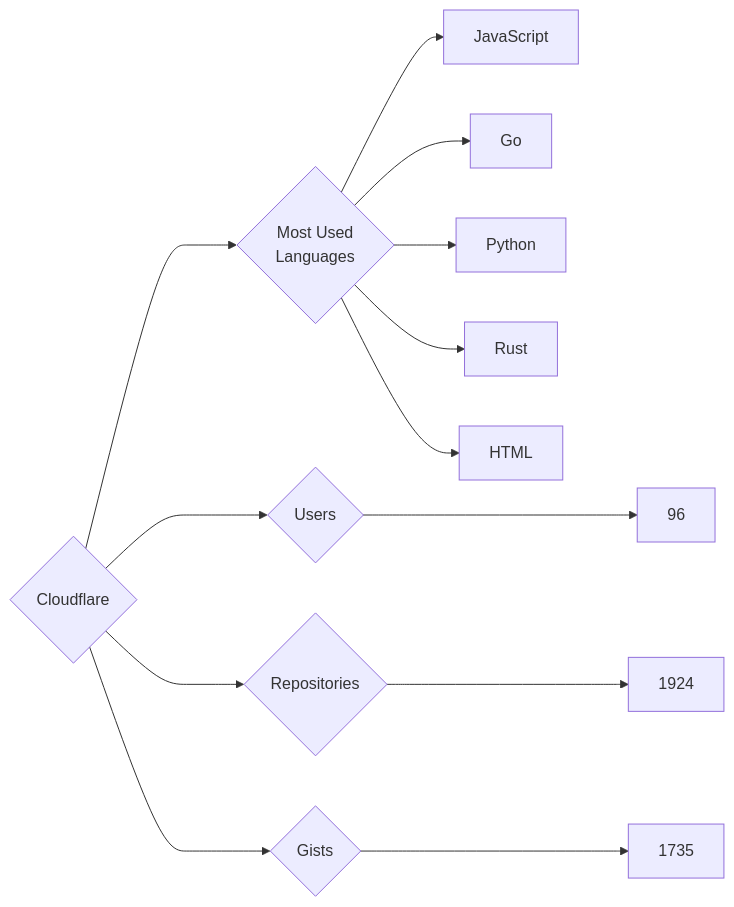
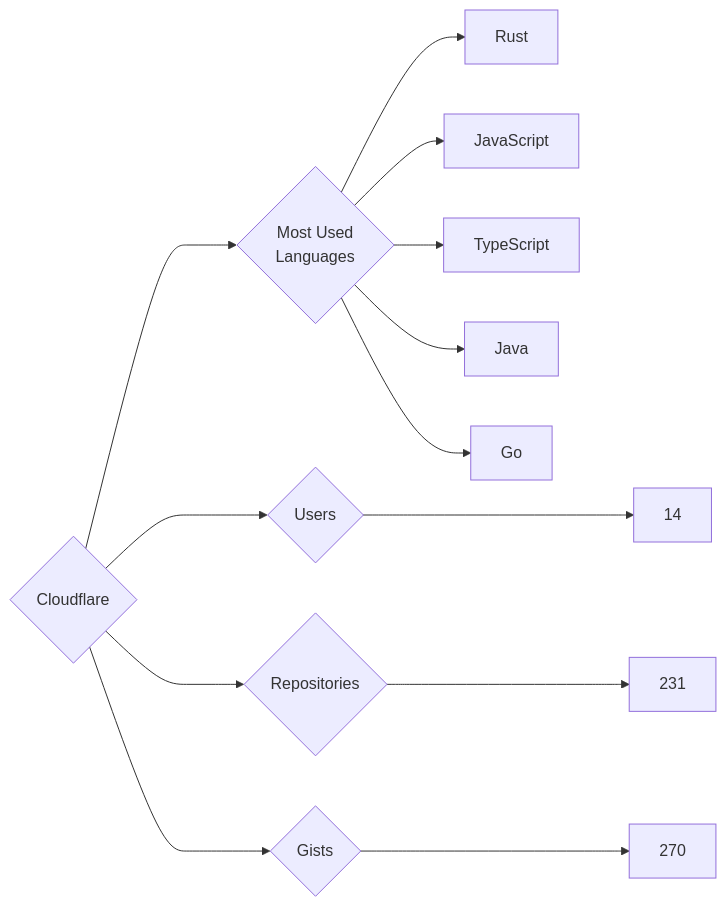
The diagram in targets/Cloudflare/README.md (trickest/insiders), drawn with Mermaid before and after one commit. The commit also changed 721 other files, not shown here.

````diff
--- a/targets/Cloudflare/README.md
+++ b/targets/Cloudflare/README.md
@@ -3,13 +3,13 @@
 ```mermaid
 graph LR
 COMPANY_NAME{Cloudflare}
-COMPANY_NAME ---> U{Users} ---> UN[96]
-COMPANY_NAME ---> R{Repositories} ---> RN[1924]
-COMPANY_NAME ---> G{Gists} ---> GN[1735]
+COMPANY_NAME ---> U{Users} ---> UN[14]
+COMPANY_NAME ---> R{Repositories} ---> RN[231]
+COMPANY_NAME ---> G{Gists} ---> GN[270]
 COMPANY_NAME ---> ML{Most Used<br>Languages}
+ML --> Rust[Rust]
 ML --> JavaScript[JavaScript]
+ML --> TypeScript[TypeScript]
+ML --> Java[Java]
 ML --> Go[Go]
-ML --> Python[Python]
-ML --> Rust[Rust]
-ML --> HTML[HTML]
 ```
````
